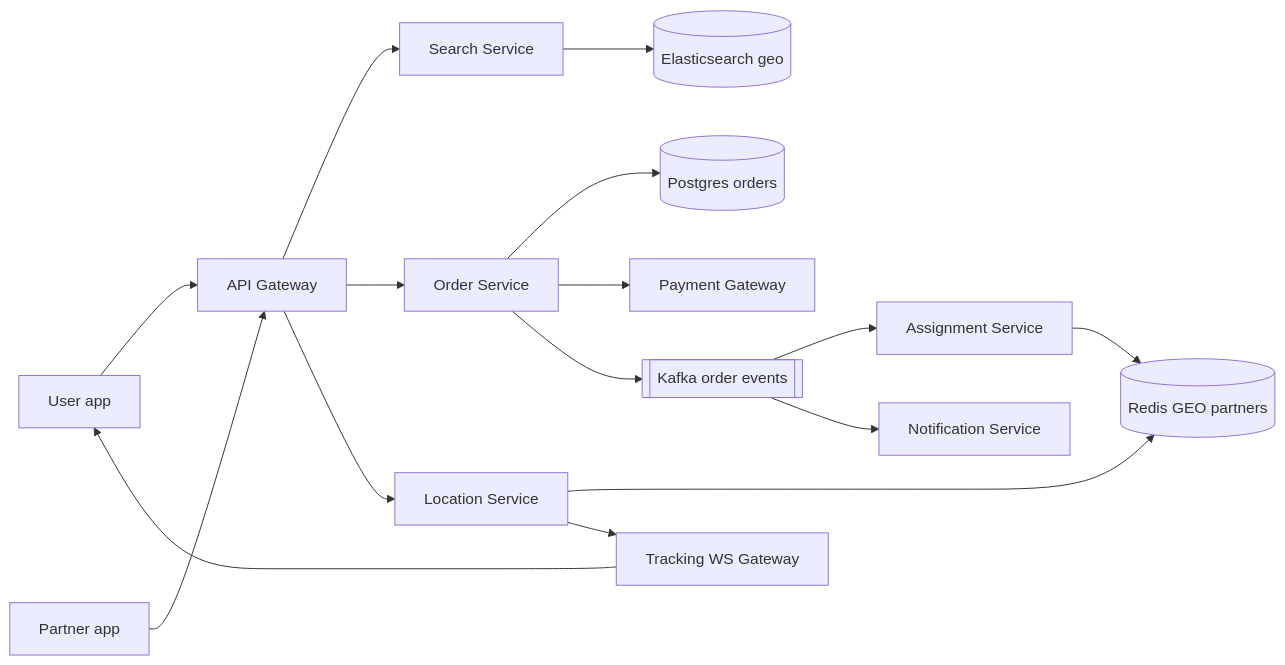
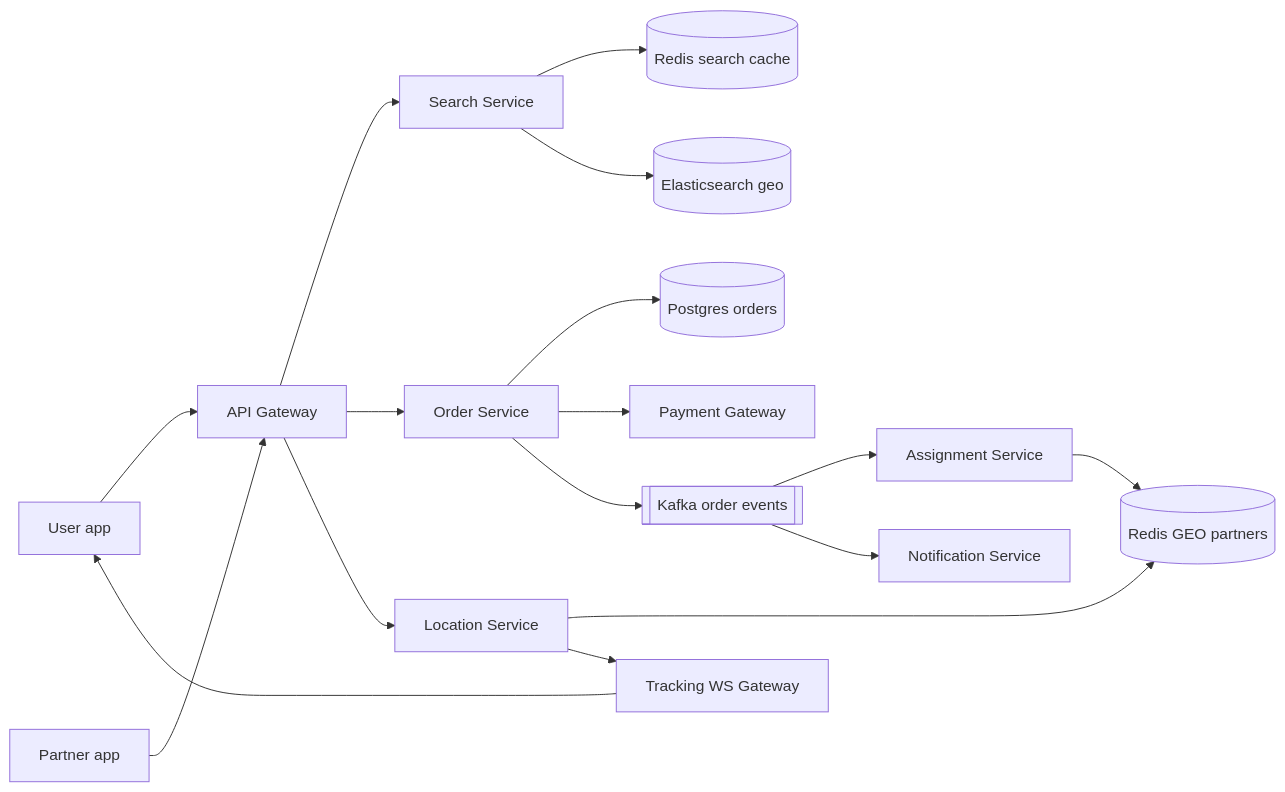
One commit to flow6979/system-design-prep changed the first of 3 diagrams in content-en/02-questions/t2-14-food-delivery.md. Above: the diagram before and after it, drawn with Mermaid. The commit also changed other lines of this file and 61 other files, not shown here.

````diff
--- a/content-en/02-questions/t2-14-food-delivery.md
+++ b/content-en/02-questions/t2-14-food-delivery.md
@@ -77,18 +83,19 @@
 ```mermaid
 flowchart LR
   C["User app"] --> G["API Gateway"]
   P["Partner app"] --> G
   G --> S["Search Service"]
   G --> O["Order Service"]
   G --> L["Location Service"]
+  S --> SC[("Redis search cache")]
   S --> ES[("Elasticsearch geo")]
   O --> DB[("Postgres orders")]
   O --> PG["Payment Gateway"]
   O --> K[["Kafka order events"]]
   K --> A["Assignment Service"]
   A --> RG[("Redis GEO partners")]
   L --> RG
   L --> T["Tracking WS Gateway"]
   K --> N["Notification Service"]
   T --> C
 ```
````
